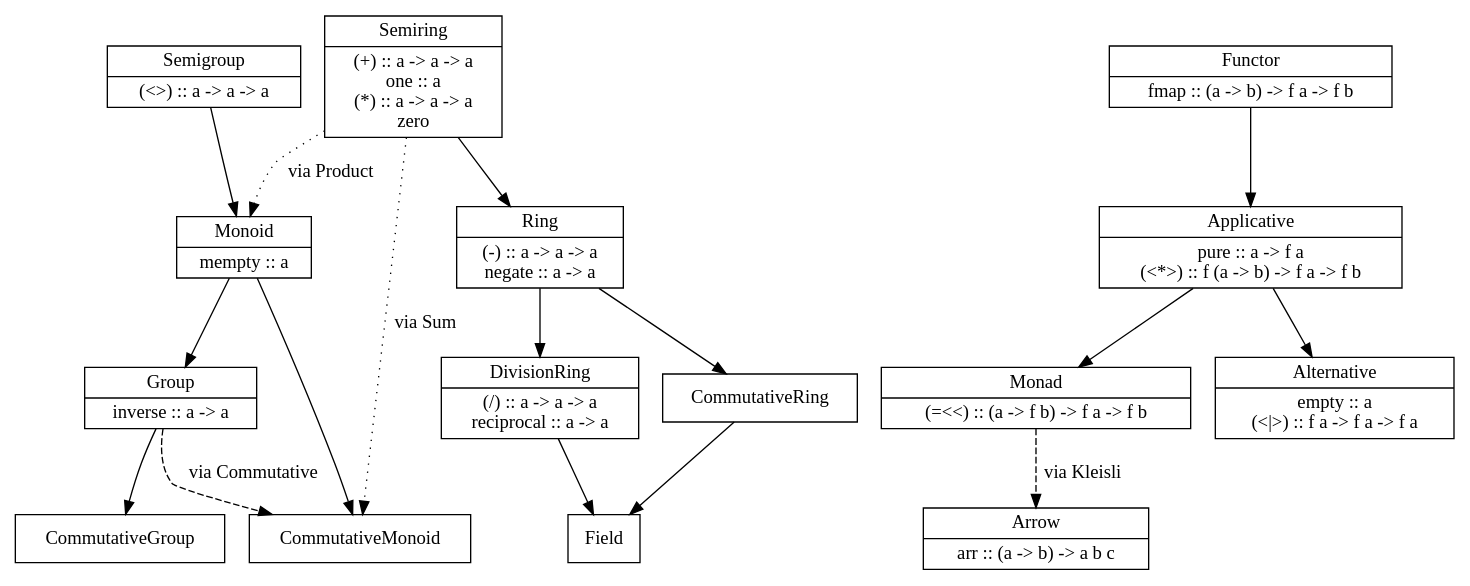
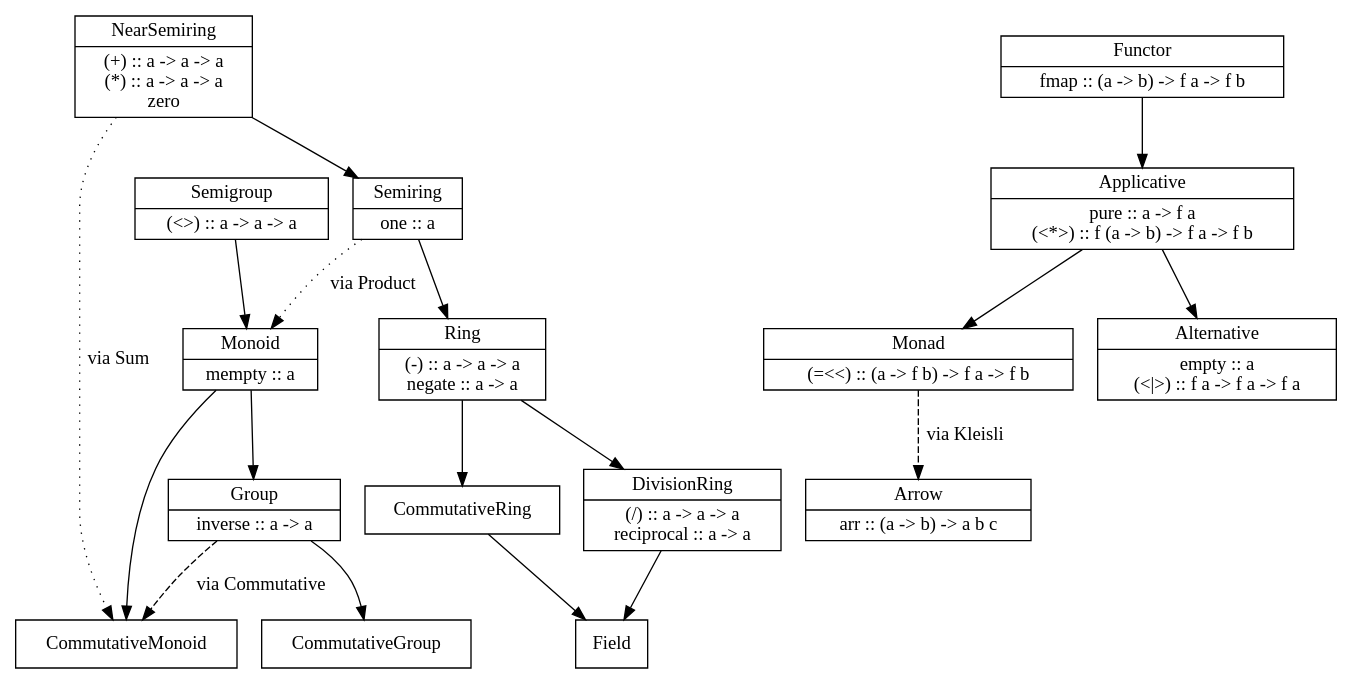
The diagram in Numeric.dot (crumbtoo/purrlude), drawn with Graphviz before and after one commit. The commit also changed 5 other files, not shown here.

```diff
--- a/Numeric.dot
+++ b/Numeric.dot
@@ -1,63 +1,65 @@
 digraph numeric
 {
 	node [shape=record]
 
 	semigroup [label="{Semigroup | (\<\>) :: a -\> a -\> a}"]
 	semigroup -> monoid
 
 	monoid [label="{Monoid | mempty :: a}"]
 	monoid -> group
 
 	commutativeMonoid [label="{CommutativeMonoid}"]
 	monoid -> commutativeMonoid
 
 	group [label="{Group | inverse :: a -\> a}"]
 	group -> commutativeMonoid [label="via Commutative" style="dashed"]
 
 	// it's so tempting to call this an abelian group but UGH
 	commutativeGroup [label="{CommutativeGroup}"]
 	group -> commutativeGroup
 
 // --------------------------------------------------------------------------------
 
 	/* rng [label="{Rng | (+) :: a -\> a -\> a\nzero :: a\n(*) :: a -\> a -\> a\none :: a}"] */
 	/* rng -> ring */
 
 	/* rng -> commutativeGroup [label="via Sum" style="dashed"] */
 	/* rng -> semigroup [label="via Product" style="dashed"] */
 
-	semiring [label="{Semiring | (+) :: a -\> a -\> a\none :: a\n(*) :: a -\> a -\> a\nzero}"]
-	semiring -> commutativeMonoid [label="via Sum" style="dotted"]
+	nearsemiring [label="{NearSemiring | (+) :: a -\> a -\> a\n(*) :: a -\> a -\> a\nzero}"]
+	nearsemiring -> commutativeMonoid [label="via Sum" style="dotted"]
+	nearsemiring -> semiring
+	semiring [label="{Semiring | one :: a}"]
 	semiring -> monoid [label="via Product" style="dotted"]
 	semiring -> ring
 
 	// Ring could be a subclass of Rng or Semiring (probably the better option)
 	// ring [label="{Ring | (+) :: a -\> a -\> a\n(-) :: a -\> a -\> a\nzero :: a\n(*) :: a -\> a -\> a\none :: a}"]
 
 	ring [label="{Ring | (-) :: a -\> a -\> a\nnegate :: a -\> a}"]
 	ring -> divisionRing
 	ring -> commutativeRing
 
 	commutativeRing [label="{CommutativeRing}"]
 	divisionRing [label="{DivisionRing | (/) :: a -\> a -\> a\nreciprocal :: a -\> a}"]
 
 	commutativeRing -> field
 	divisionRing -> field
 
 	field [label="{Field}"]
 
 // --------------------------------------------------------------------------------
 
 	functor [label="{Functor | fmap :: (a -\> b) -\> f a -\> f b}"]
 	functor -> applicative
 
 	applicative [label="{Applicative | pure :: a -\> f a\n(\<*\>) :: f (a -\> b) -\> f a -\> f b}"]
 	applicative -> monad
 
 	alternative [label="{Alternative | empty :: a\n(\<\|\>) :: f a -\> f a -\> f a}"]
 	applicative -> alternative
 
 	monad [label="{Monad | (=\<\<) :: (a -\> f b) -\> f a -\> f b}"]
 	arrow [label="{Arrow | arr :: (a -\> b) -\> a b c}"]
 	monad -> arrow [label="via Kleisli" style="dashed"]
 }
```
